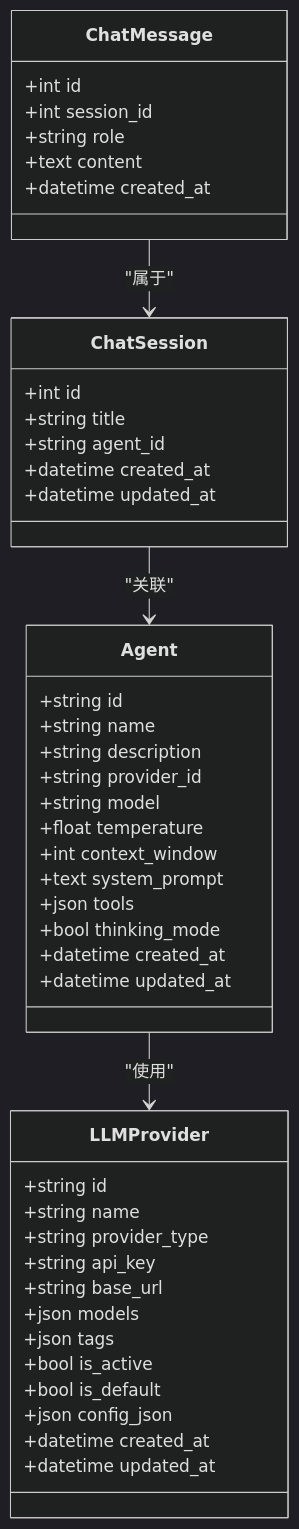
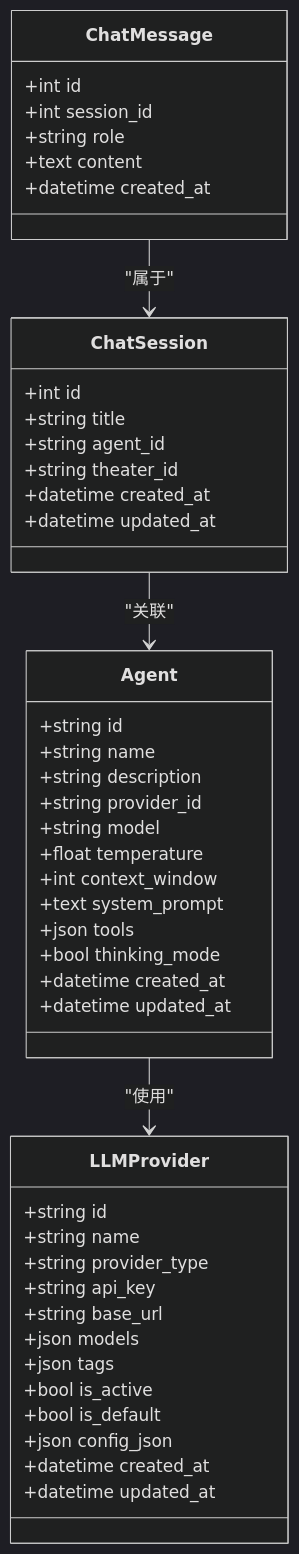
One commit to KunLabAI/KunFlix changed the fifth of 6 diagrams in .qoder/repowiki/zh/content/API接口文档/聊天API.md. Above: the diagram before and after it, drawn with Mermaid (dark theme). The commit also changed other lines of this file and 11 other files, not shown here.

````diff
--- a/.qoder/repowiki/zh/content/API接口文档/聊天API.md
+++ b/.qoder/repowiki/zh/content/API接口文档/聊天API.md
@@ -222,48 +243,49 @@
 ```mermaid
 classDiagram
 class ChatSession {
 +int id
 +string title
 +string agent_id
++string theater_id
 +datetime created_at
 +datetime updated_at
 }
 class ChatMessage {
 +int id
 +int session_id
 +string role
 +text content
 +datetime created_at
 }
 class Agent {
 +string id
 +string name
 +string description
 +string provider_id
 +string model
 +float temperature
 +int context_window
 +text system_prompt
 +json tools
 +bool thinking_mode
 +datetime created_at
 +datetime updated_at
 }
 class LLMProvider {
 +string id
 +string name
 +string provider_type
 +string api_key
 +string base_url
 +json models
 +json tags
 +bool is_active
 +bool is_default
 +json config_json
 +datetime created_at
 +datetime updated_at
 }
 ChatMessage --> ChatSession : "属于"
 ChatSession --> Agent : "关联"
 Agent --> LLMProvider : "使用"
 ```
````
